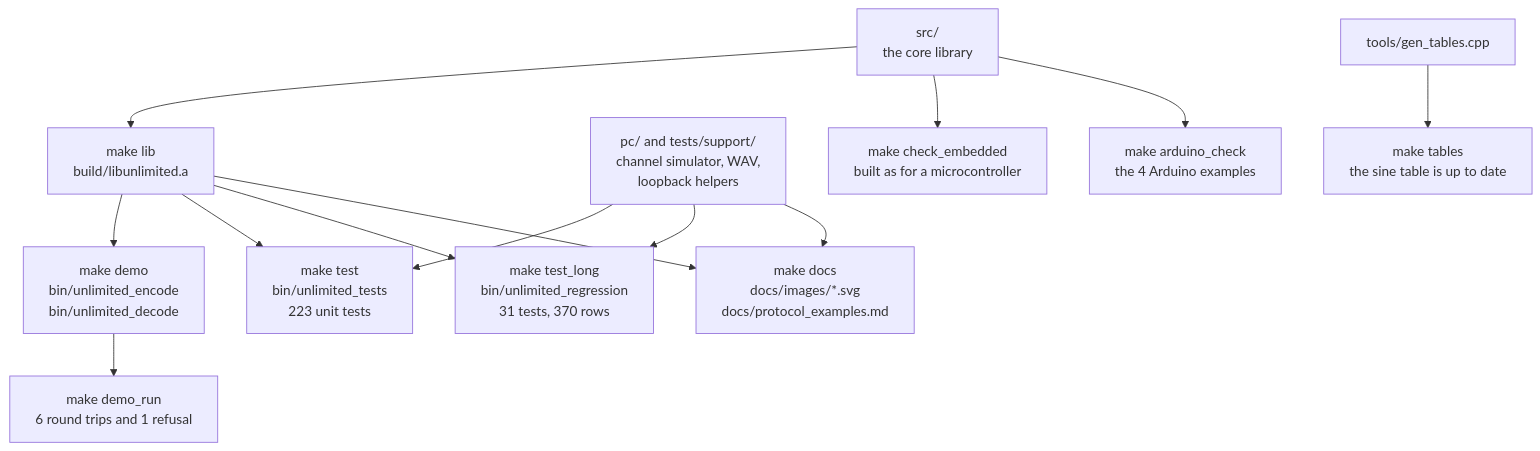
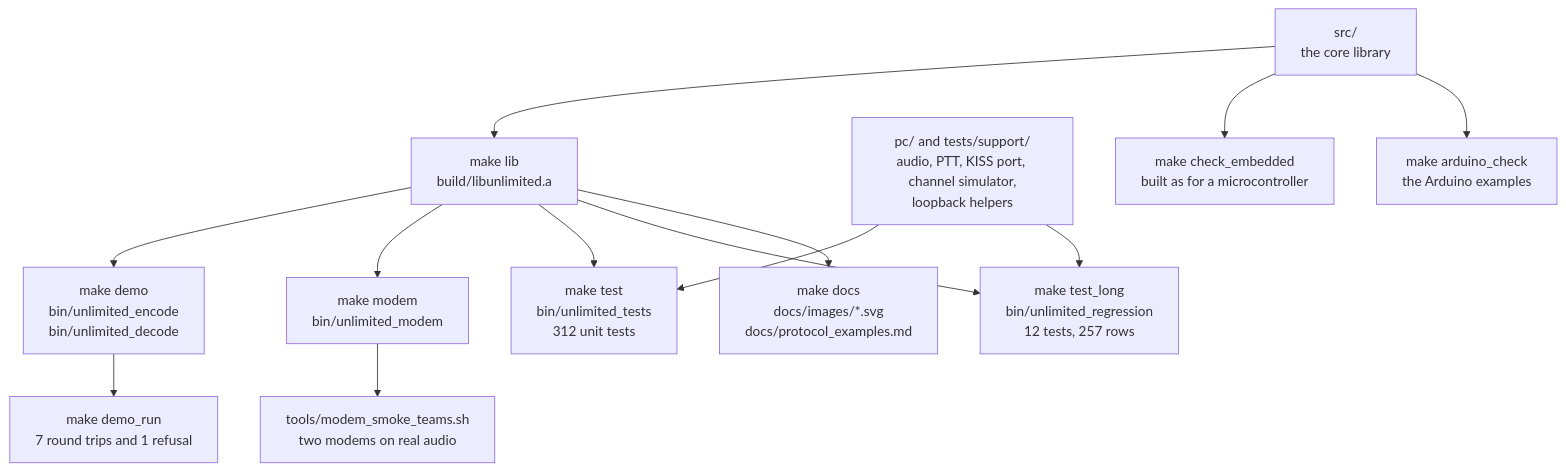
Before and after one commit to solariun/unlimited: the second of 10 diagrams in docs/testing.md, drawn with Mermaid. The commit also changed other lines of this file and 76 other files, not shown here.

````diff
--- a/docs/testing.md
+++ b/docs/testing.md
@@ -280,15 +208,15 @@
 ```mermaid
 flowchart TD
     src["src/<br/>the core library"] --> lib["make lib<br/>build/libunlimited.a"]
     lib --> demo["make demo<br/>bin/unlimited_encode<br/>bin/unlimited_decode"]
-    demo --> demorun["make demo_run<br/>6 round trips and 1 refusal"]
-    pcs["pc/ and tests/support/<br/>channel simulator, WAV,<br/>loopback helpers"] --> test
-    lib --> test["make test<br/>bin/unlimited_tests<br/>223 unit tests"]
-    lib --> long["make test_long<br/>bin/unlimited_regression<br/>31 tests, 370 rows"]
+    lib --> modem["make modem<br/>bin/unlimited_modem"]
+    demo --> demorun["make demo_run<br/>7 round trips and 1 refusal"]
+    pcs["pc/ and tests/support/<br/>audio, PTT, KISS port, channel simulator,<br/>loopback helpers"] --> test
+    lib --> test["make test<br/>bin/unlimited_tests<br/>312 unit tests"]
+    lib --> long["make test_long<br/>bin/unlimited_regression<br/>12 tests, 257 rows"]
     pcs --> long
     lib --> docs["make docs<br/>docs/images/*.svg<br/>docs/protocol_examples.md"]
-    pcs --> docs
     src --> emb["make check_embedded<br/>built as for a microcontroller"]
-    src --> ard["make arduino_check<br/>the 4 Arduino examples"]
-    gen["tools/gen_tables.cpp"] --> tables["make tables<br/>the sine table is up to date"]
+    src --> ard["make arduino_check<br/>the Arduino examples"]
+    modem --> smoke["tools/modem_smoke_teams.sh<br/>two modems on real audio"]
 ```
````
